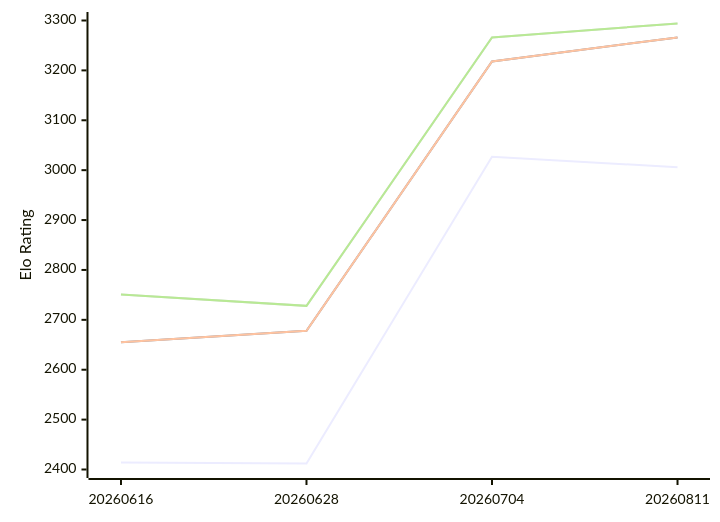
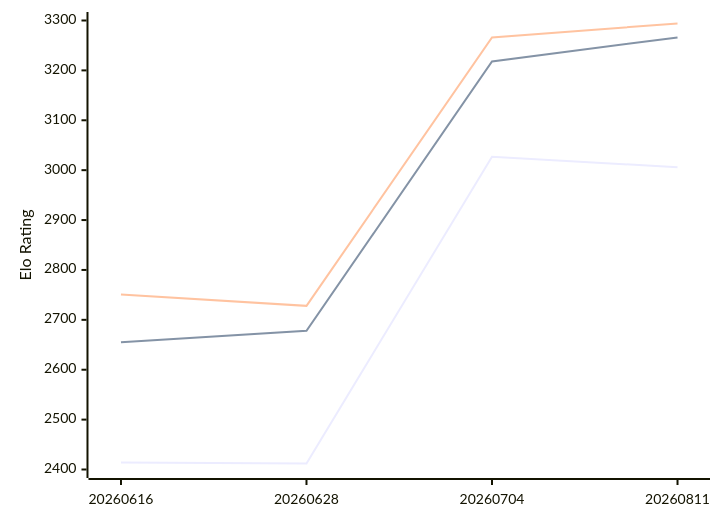
One commit to computer-chess-index/cci changed the diagram in engines/Askaig.md. Above: the diagram before and after it, drawn with Mermaid. The commit also changed other lines of this file, not shown here.

Commit message:
Update CCI Ratings (ELO VLTC) - 2026-10-11

````diff
--- a/engines/Askaig.md
+++ b/engines/Askaig.md
@@ -52,11 +52,9 @@
 ```mermaid
 %%{init: {"theme":"base","themeVariables":{"seriesColors:['#a3a3a3','#222221','#faa371']}}}%%
 xychart-beta
   x-axis ["20260616", "20260628", "20260704", "20260811"]
   y-axis "Elo Rating" 2400 --> 3300
   line "T1: STC (8.0+0.08s)" [2414, 2412, 3027, 3006]
-  line "E1: LTC (60.0+0.60s)" [2655, 2678, 3218, 3266,3155, 3195]
   line "T1: LTC (60.0+0.60s)" [2655, 2678, 3218, 3266]
-  line "E1: VLTC (2m24s+1.12s)" [2751, 2728, 3266, 3294,3256, 3270]
   line "T1: VLTC (2m24s+1.12s)" [2751, 2728, 3266, 3294]
 ```
````
